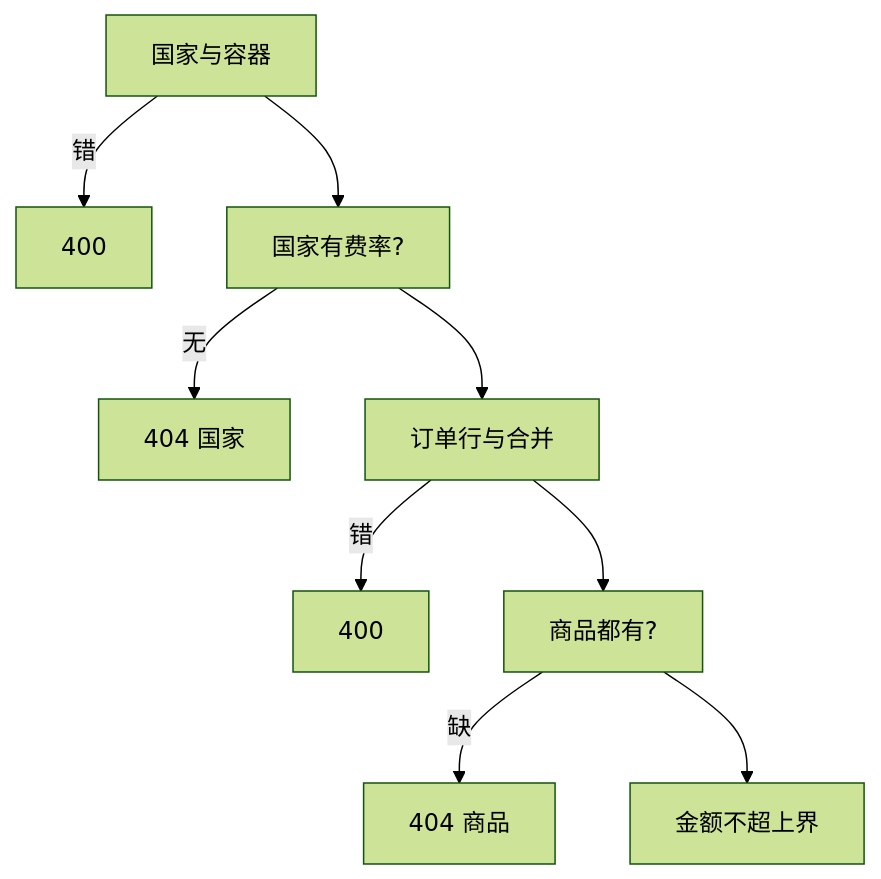
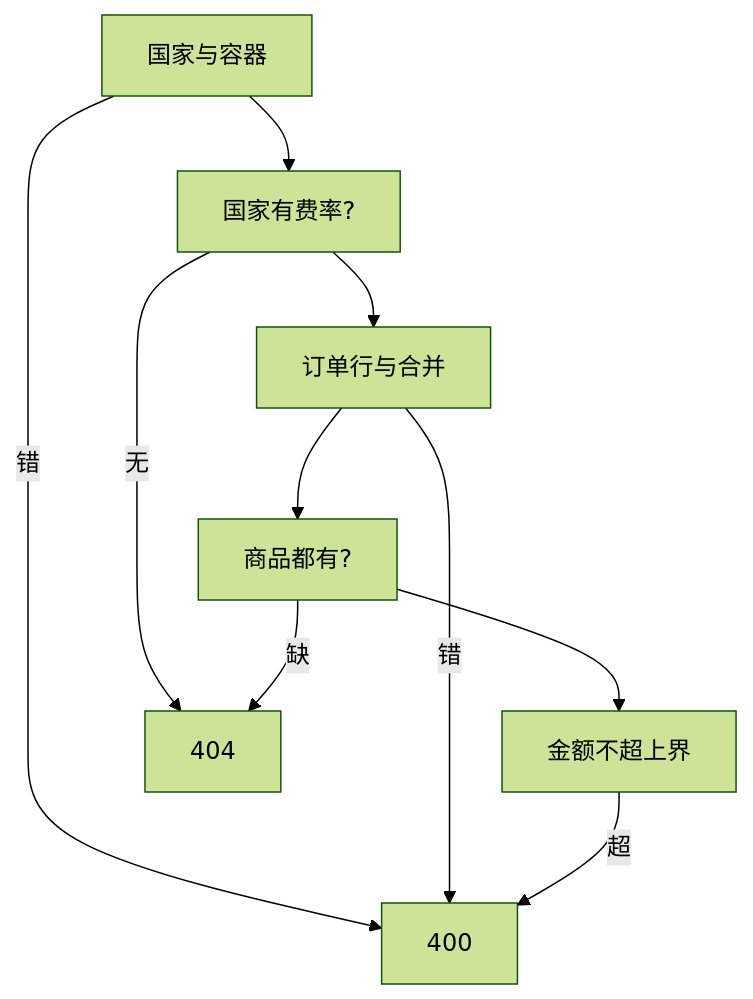
The diagram in vault/domains/low-level-design/cards/lcproject/lcp-shipping-cost-contract-rules.md (ChiChasesCheese/trellis), drawn with Mermaid (forest theme) before and after one commit. The commit also changed 4 other files, not shown here.

````diff
--- a/vault/domains/low-level-design/cards/lcproject/lcp-shipping-cost-contract-rules.md
+++ b/vault/domains/low-level-design/cards/lcproject/lcp-shipping-cost-contract-rules.md
@@ -21,11 +21,12 @@
 ```mermaid
 flowchart TB
-    A[国家与容器] -->|错| E1[400]
-    A --> B[国家有费率?]
-    B -->|无| E2[404 国家]
+    A[国家与容器] --> B[国家有费率?]
     B --> C[订单行与合并]
-    C -->|错| E3[400]
     C --> D[商品都有?]
-    D -->|缺| E4[404 商品]
     D --> F[金额不超上界]
+    A -->|错| X[400]
+    C -->|错| X
+    F -->|超| X
+    B -->|无| Y[404]
+    D -->|缺| Y
 ```
````
